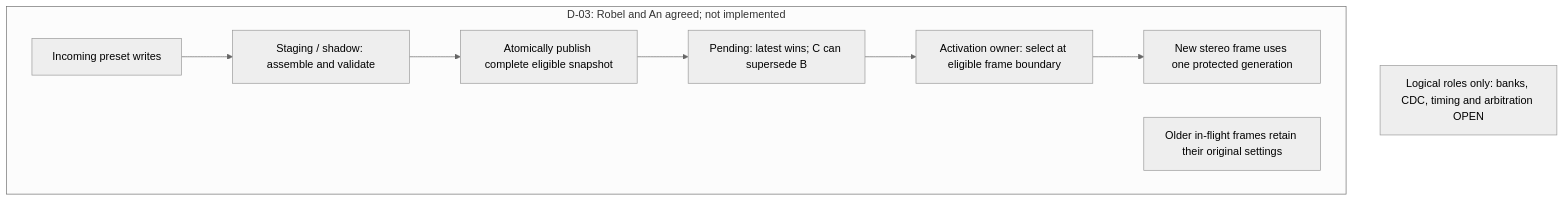
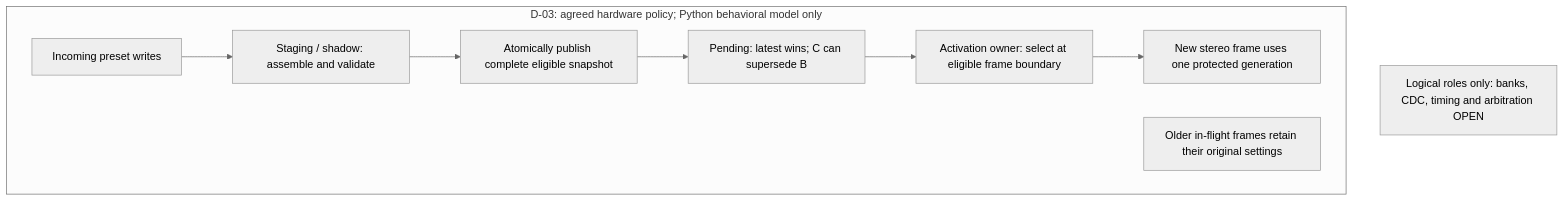
Before and after one commit to Rkycodes/ANIMA: the diagram in docs/diagrams/pending-preset-policy.mmd, drawn with Mermaid (neutral theme). The commit also changed 32 other files, not shown here.

```diff
--- a/docs/diagrams/pending-preset-policy.mmd
+++ b/docs/diagrams/pending-preset-policy.mmd
@@ -1,10 +1,10 @@
 flowchart TD
-  subgraph POLICY["D-03: Robel and An agreed; not implemented"]
+  subgraph POLICY["D-03: agreed hardware policy; Python behavioral model only"]
     RX["Incoming preset writes"] --> STAGE["Staging / shadow: assemble and validate"]
     STAGE --> PUB["Atomically publish complete eligible snapshot"]
     PUB --> PENDING["Pending: latest wins; C can supersede B"]
     PENDING --> ACT["Activation owner: select at eligible frame boundary"]
     ACT --> FRAME["New stereo frame uses one protected generation"]
     OLD["Older in-flight frames retain their original settings"]
   end
   OPEN["Logical roles only: banks, CDC, timing and arbitration OPEN"]
```
